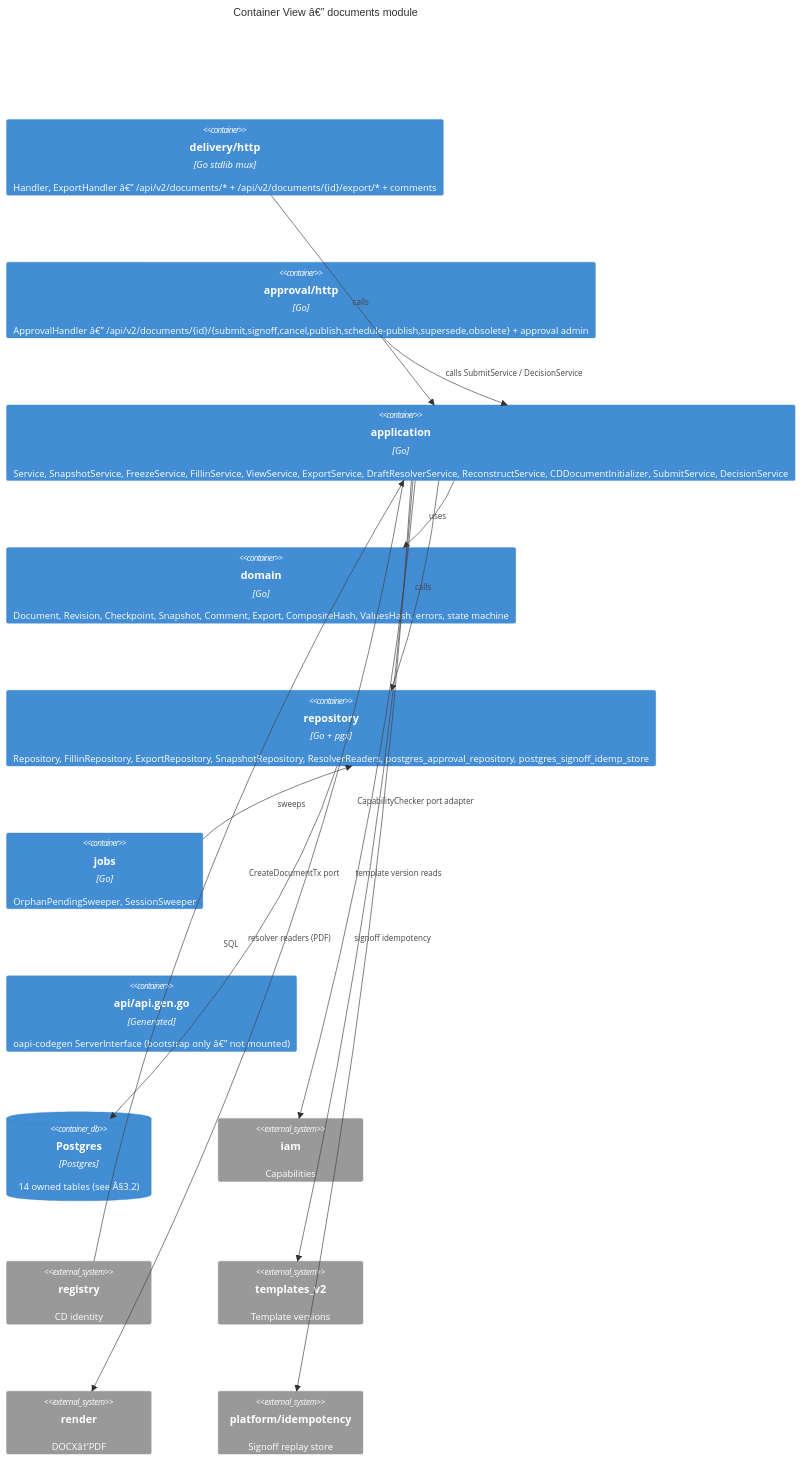
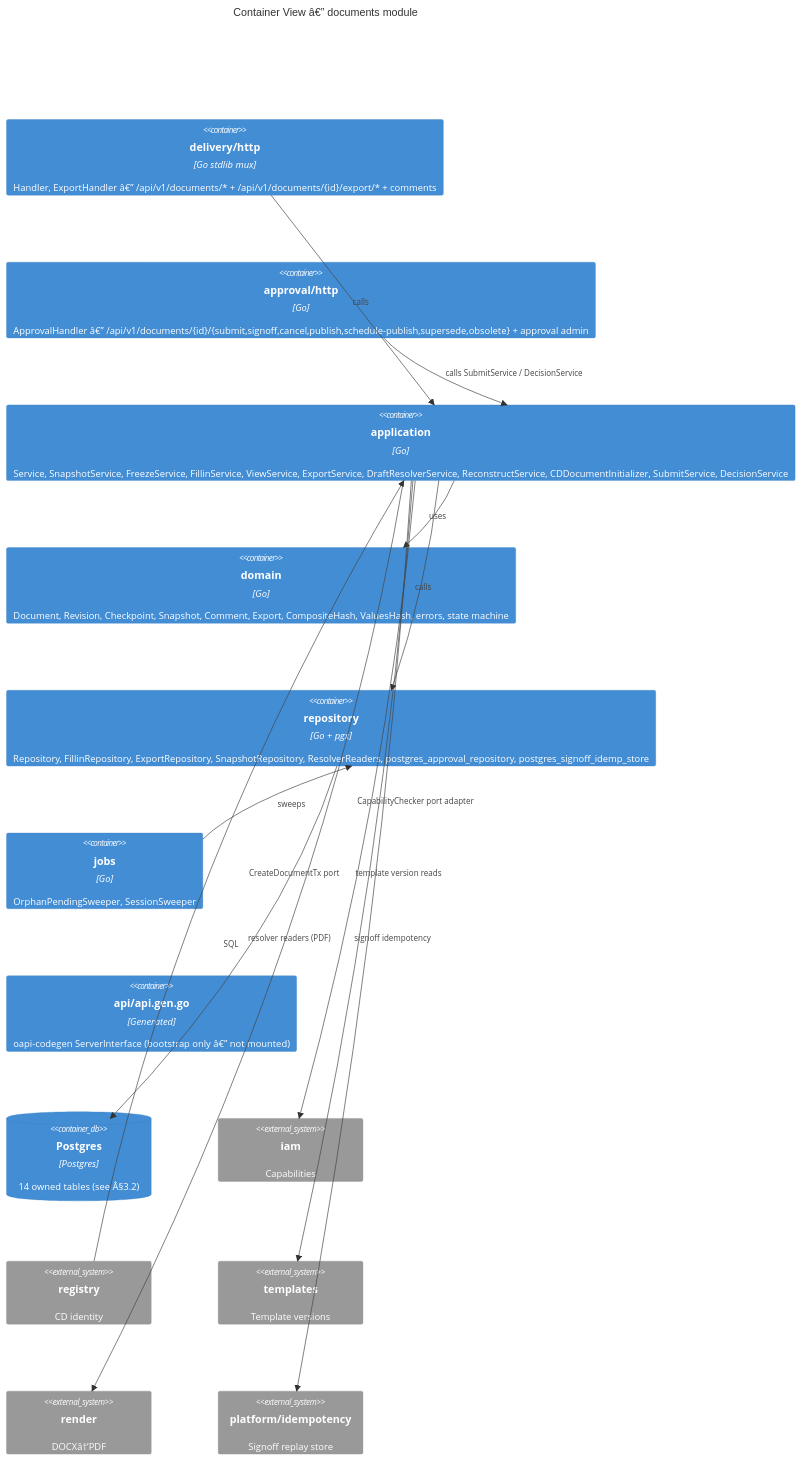
One commit to developmentconexus-ops/MetalDocs changed the second of 5 diagrams in wiki/modules/documents.md. Above: the diagram before and after it, drawn with Mermaid. The commit also changed other lines of this file and 137 other files, not shown here.

````diff
--- a/wiki/modules/documents.md
+++ b/wiki/modules/documents.md
@@ -125,28 +125,28 @@
 ```mermaid
 C4Container
     title Container View â€” documents module
-    Container(http, "delivery/http", "Go stdlib mux", "Handler, ExportHandler â€” /api/v2/documents/* + /api/v2/documents/{id}/export/* + comments")
-    Container(approvalHttp, "approval/http", "Go", "ApprovalHandler â€” /api/v2/documents/{id}/{submit,signoff,cancel,publish,schedule-publish,supersede,obsolete} + approval admin")
+    Container(http, "delivery/http", "Go stdlib mux", "Handler, ExportHandler â€” /api/v1/documents/* + /api/v1/documents/{id}/export/* + comments")
+    Container(approvalHttp, "approval/http", "Go", "ApprovalHandler â€” /api/v1/documents/{id}/{submit,signoff,cancel,publish,schedule-publish,supersede,obsolete} + approval admin")
     Container(app, "application", "Go", "Service, SnapshotService, FreezeService, FillinService, ViewService, ExportService, DraftResolverService, ReconstructService, CDDocumentInitializer, SubmitService, DecisionService")
     Container(domain, "domain", "Go", "Document, Revision, Checkpoint, Snapshot, Comment, Export, CompositeHash, ValuesHash, errors, state machine")
     Container(repo, "repository", "Go + pgx", "Repository, FillinRepository, ExportRepository, SnapshotRepository, ResolverReaders, postgres_approval_repository, postgres_signoff_idemp_store")
     Container(jobs, "jobs", "Go", "OrphanPendingSweeper, SessionSweeper")
     Container(api, "api/api.gen.go", "Generated", "oapi-codegen ServerInterface (bootstrap only â€” not mounted)")
     ContainerDb(db, "Postgres", "Postgres", "14 owned tables (see Â§3.2)")
     System_Ext(iam, "iam", "Capabilities")
     System_Ext(registry, "registry", "CD identity")
-    System_Ext(templates, "templates_v2", "Template versions")
+    System_Ext(templates, "templates", "Template versions")
     System_Ext(render, "render", "DOCXâ†’PDF")
     System_Ext(idemp, "platform/idempotency", "Signoff replay store")
     Rel(http, app, "calls")
     Rel(approvalHttp, app, "calls SubmitService / DecisionService")
     Rel(app, domain, "uses")
     Rel(app, repo, "calls")
     Rel(repo, db, "SQL")
     Rel(jobs, repo, "sweeps")
     Rel(app, iam, "CapabilityChecker port adapter")
     Rel(registry, app, "CreateDocumentTx port")
     Rel(app, templates, "template version reads")
     Rel(app, render, "resolver readers (PDF)")
     Rel(app, idemp, "signoff idempotency")
 ```
````
